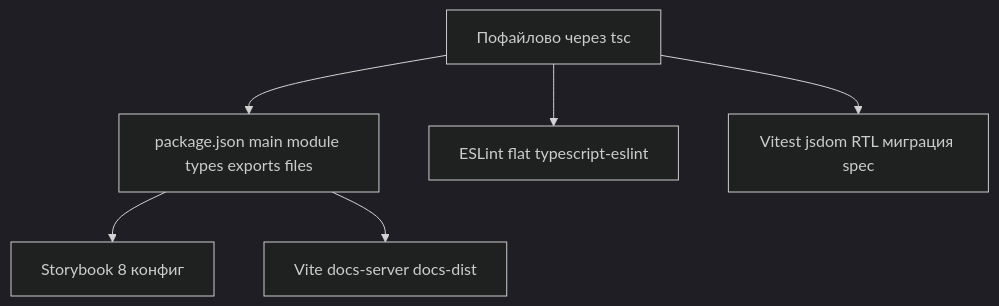
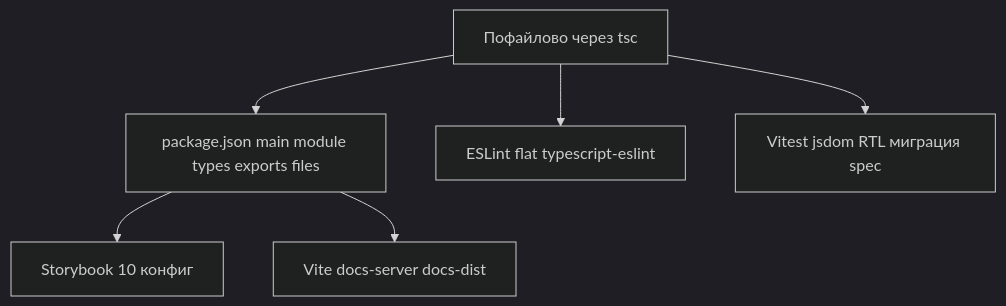
Before and after one commit to antonlimar/react-color: the diagram in plans/phase-2-toolchain.md, drawn with Mermaid (dark theme). The commit also changed other lines of this file, not shown here.

First line of the commit message:
docs(plans): фаза 2 — целевая версия Storybook 10.x

````diff
--- a/plans/phase-2-toolchain.md
+++ b/plans/phase-2-toolchain.md
@@ -59,14 +59,14 @@
 ```mermaid
 flowchart TD
   build[Пофайлово через tsc]
   pkg[package.json main module types exports files]
   lint[ESLint flat typescript-eslint]
   test[Vitest jsdom RTL миграция spec]
-  sb[Storybook 8 конфиг]
+  sb[Storybook 10 конфиг]
   docs[Vite docs-server docs-dist]
   build --> pkg
   build --> lint
   build --> test
   pkg --> sb
   pkg --> docs
 ```
````
